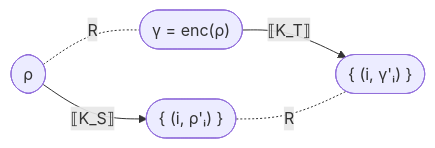
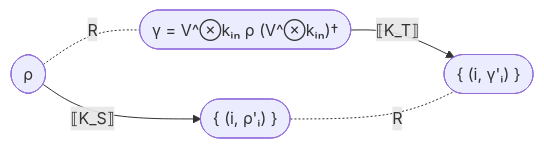
Before and after one commit to anpaz/qstack: the third of 3 diagrams in docs/verification-design.md, drawn with Mermaid. The commit also changed other lines of this file and 1 other file, not shown here.

````diff
--- a/docs/verification-design.md
+++ b/docs/verification-design.md
@@ -210,7 +205,7 @@
 ```mermaid
 flowchart LR
     S(["ρ"]) -- "⟦K_S⟧" --> S2(["{ (i, ρ'ᵢ) }"])
-    T(["γ = enc(ρ)"]) -- "⟦K_T⟧" --> T2(["{ (i, γ'ᵢ) }"])
+    T(["γ = V^⊗kᵢₙ ρ (V^⊗kᵢₙ)†"]) -- "⟦K_T⟧" --> T2(["{ (i, γ'ᵢ) }"])
     S -. "R" .- T
     S2 -. "R" .- T2
 ```
````
